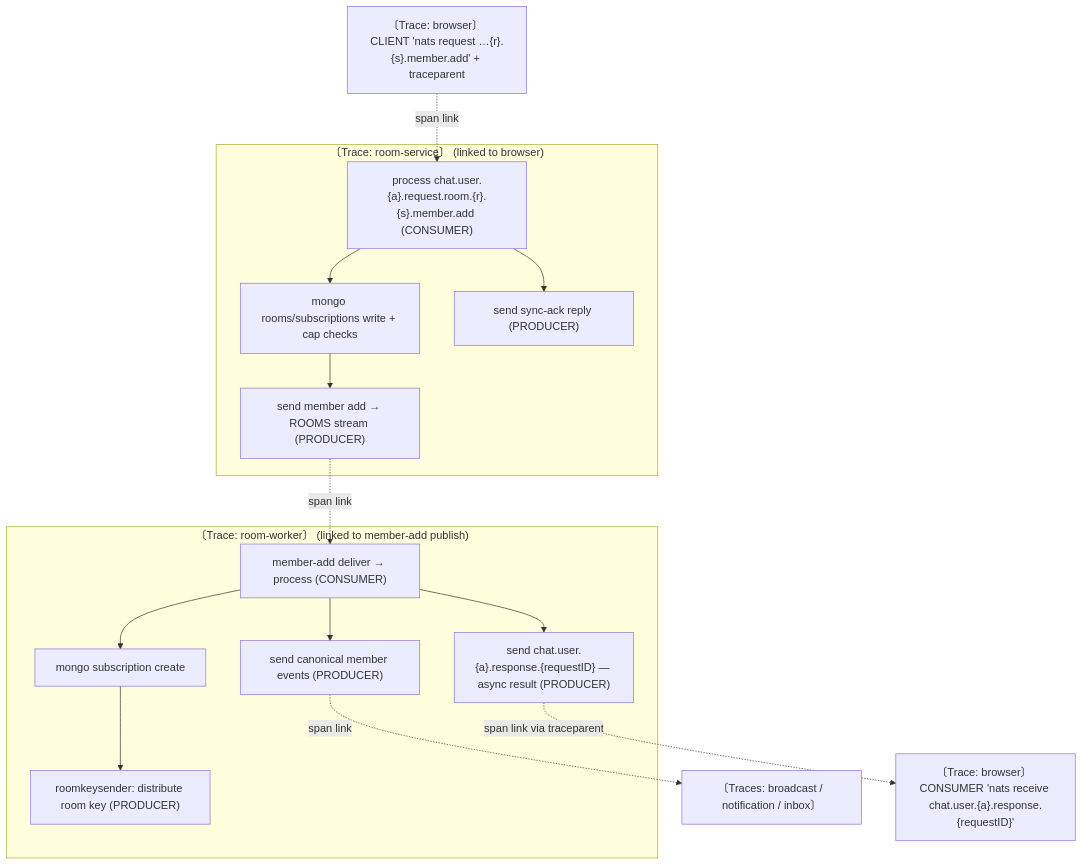
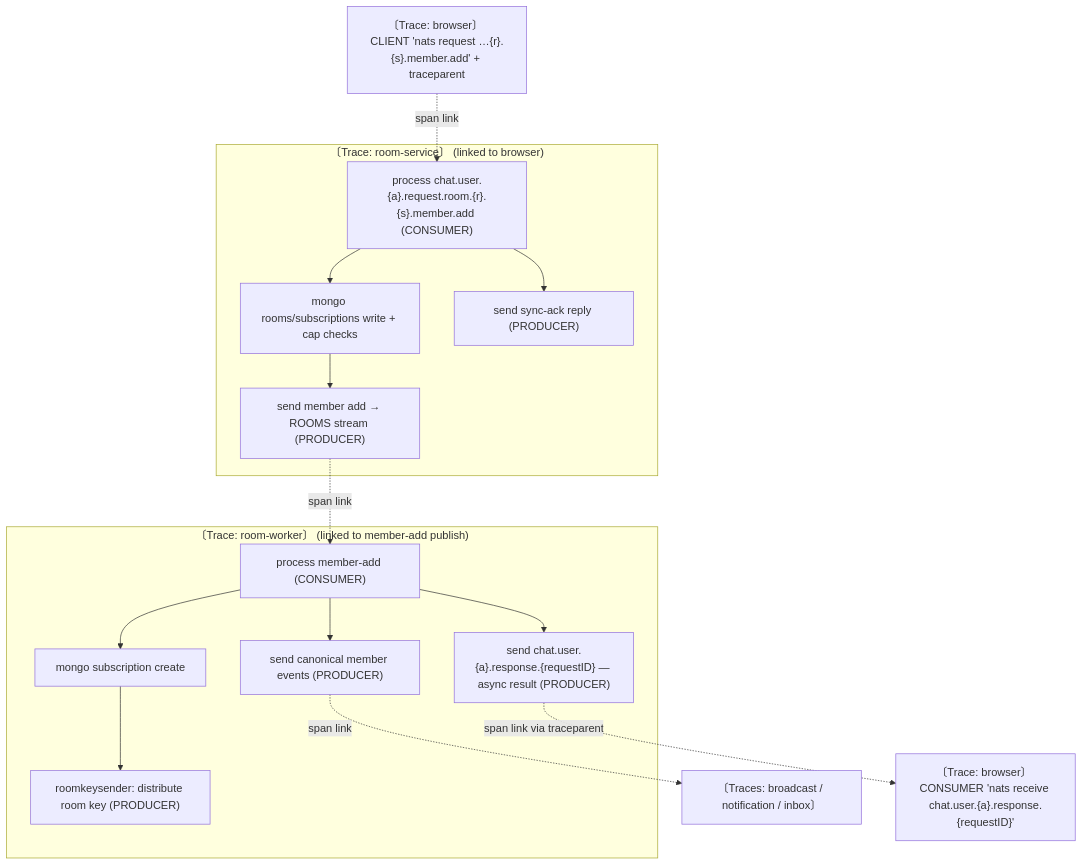
Before and after one commit to hmchangw/newchat: the fifth of 5 diagrams in docs/specs/o11y/o11y-trace-design.md, drawn with Mermaid. The commit also changed other lines of this file and 47 other files, not shown here.

````diff
--- a/docs/specs/o11y/o11y-trace-design.md
+++ b/docs/specs/o11y/o11y-trace-design.md
@@ -329,29 +328,29 @@
 ```mermaid
 flowchart TB
     Client["〔Trace: browser〕 CLIENT 'nats request …{r}.{s}.member.add' + traceparent"]
 
     subgraph TRS["〔Trace: room-service〕 (linked to browser)"]
       RSp["process chat.user.{a}.request.room.{r}.{s}.member.add (CONSUMER)"]
       RSmongo["mongo rooms/subscriptions write + cap checks"]
       RSinvite["send member add → ROOMS stream (PRODUCER)"]
       RSack["send sync-ack reply (PRODUCER)"]
       RSp --> RSmongo --> RSinvite
       RSp --> RSack
     end
 
     subgraph TRW["〔Trace: room-worker〕 (linked to member-add publish)"]
-      RWp["member-add deliver → process (CONSUMER)"]
+      RWp["process member-add (CONSUMER)"]
       RWmongo["mongo subscription create"]
       RWkey["roomkeysender: distribute room key (PRODUCER)"]
       RWcanon["send canonical member events (PRODUCER)"]
       RWresp["send chat.user.{a}.response.{requestID} — async result (PRODUCER)"]
       RWp --> RWmongo --> RWkey
       RWp --> RWcanon
       RWp --> RWresp
     end
 
     Client -. "span link" .-> RSp
     RSinvite -. "span link" .-> RWp
     RWcanon -. "span link" .-> Down["〔Traces: broadcast / notification / inbox〕"]
     RWresp -. "span link via traceparent" .-> ClientRecv["〔Trace: browser〕 CONSUMER 'nats receive chat.user.{a}.response.{requestID}'"]
 ```
````
